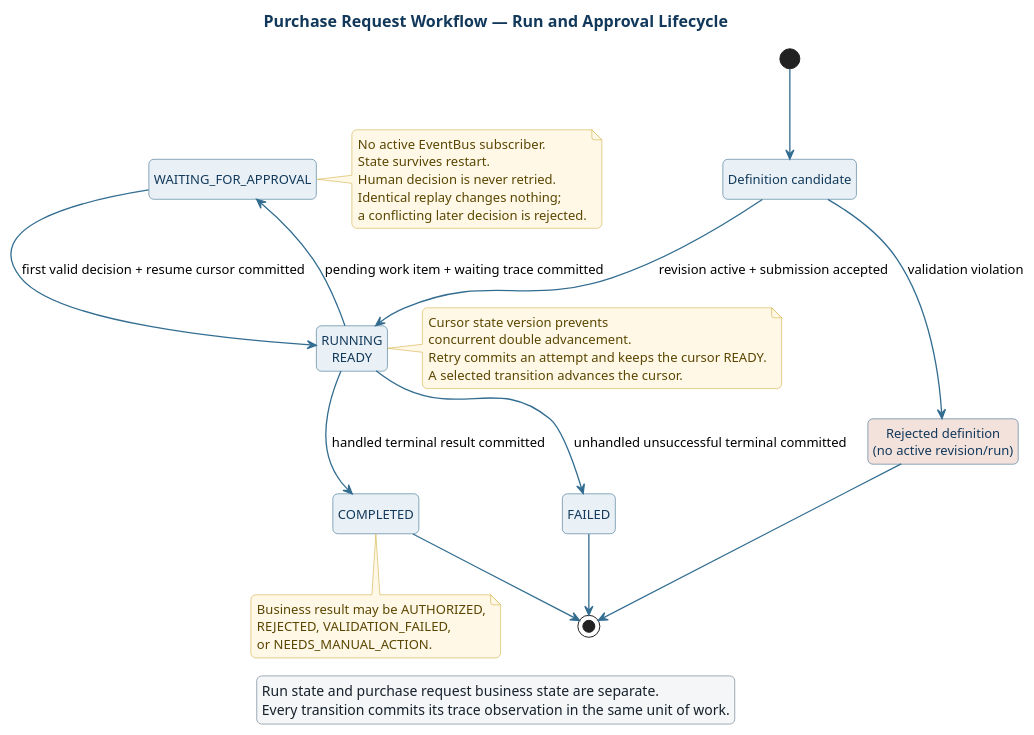
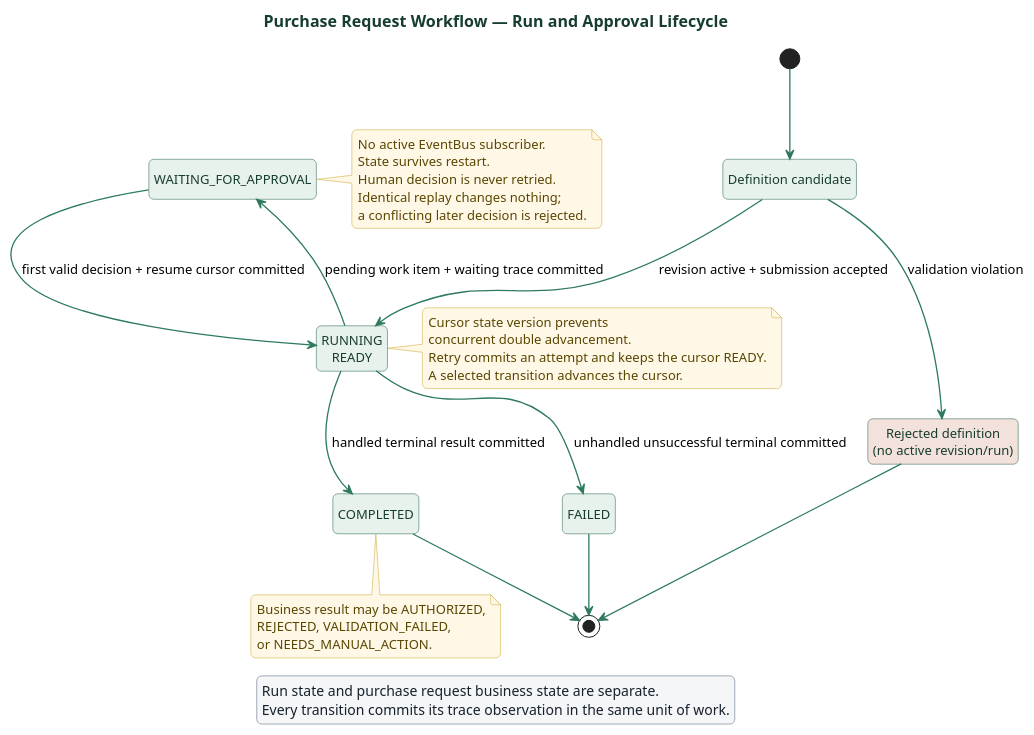
Before and after one commit to MAES1102/WMS: the diagram in docs/architecture/uml/run-state.puml, drawn with PlantUML. The commit also changed 33 other files, not shown here.

```diff
--- a/docs/architecture/uml/run-state.puml
+++ b/docs/architecture/uml/run-state.puml
@@ -1,77 +1,77 @@
 @startuml
 title Purchase Request Workflow — Run and Approval Lifecycle
 hide empty description
 skinparam shadowing false
 skinparam backgroundColor white
 skinparam defaultFontName Helvetica
 skinparam defaultFontSize 13
 skinparam roundcorner 10
-skinparam ArrowColor #326d91
+skinparam ArrowColor #2d7a5c
 skinparam ArrowThickness 1.3
-skinparam titleFontColor #12395b
+skinparam titleFontColor #163d2e
 skinparam titleFontSize 16
 skinparam titleFontStyle bold
 skinparam state {
-  BackgroundColor #e9f1f6
-  BorderColor #1d567d
-  FontColor #12395b
+  BackgroundColor #e8f2ec
+  BorderColor #1f5c44
+  FontColor #163d2e
   StartColor #176b50
   EndColor #ad3026
 }
 skinparam note {
   BackgroundColor #fff8e7
   BorderColor #c9a227
   FontColor #5a4600
 }
 skinparam legend {
   BackgroundColor #f4f6f8
   BorderColor #9eabb7
   FontColor #17212b
 }
 
 state "Definition candidate" as Candidate
 state "Rejected definition\n(no active revision/run)" as Rejected #f3e1dc
 state "RUNNING\nREADY" as Ready
 state "WAITING_FOR_APPROVAL" as Waiting
 state "COMPLETED" as Completed
 state "FAILED" as Failed
 
 [*] --> Candidate
 Candidate --> Rejected : validation violation
 Rejected --> [*]
 Candidate --> Ready : revision active + submission accepted
 
 Ready --> Waiting : pending work item + waiting trace committed
 Waiting --> Ready : first valid decision + resume cursor committed
 Ready --> Completed : handled terminal result committed
 Ready --> Failed : unhandled unsuccessful terminal committed
 
 Completed --> [*]
 Failed --> [*]
 
 note right of Waiting
 No active EventBus subscriber.
 State survives restart.
 Human decision is never retried.
 Identical replay changes nothing;
 a conflicting later decision is rejected.
 end note
 
 note right of Ready
 Cursor state version prevents
 concurrent double advancement.
 Retry commits an attempt and keeps the cursor READY.
 A selected transition advances the cursor.
 end note
 
 note bottom of Completed
 Business result may be AUTHORIZED,
 REJECTED, VALIDATION_FAILED,
 or NEEDS_MANUAL_ACTION.
 end note
 
 legend
 Run state and purchase request business state are separate.
 Every transition commits its trace observation in the same unit of work.
 endlegend
 @enduml
```
